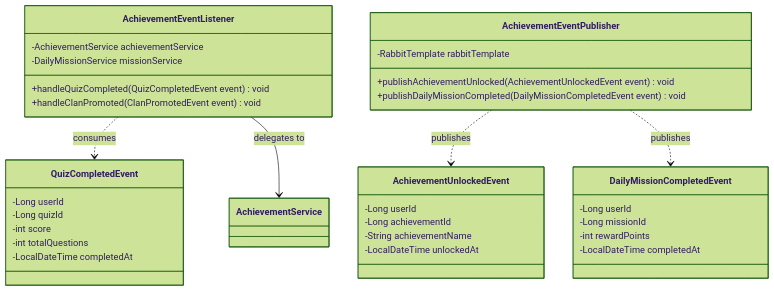
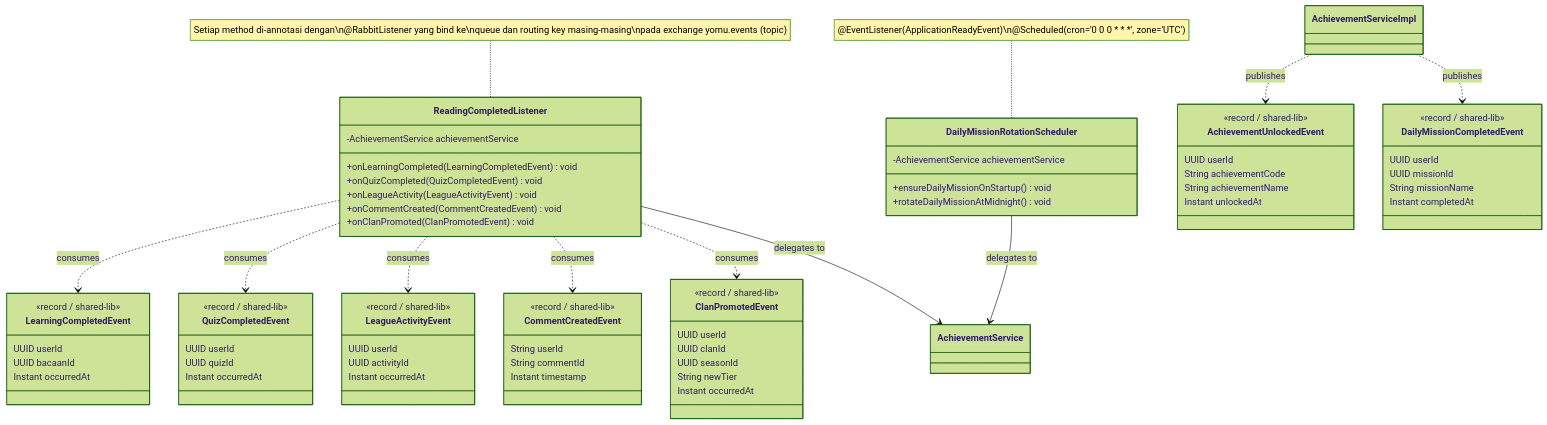
One commit to advprog-2026-A15-project/yomu-infra changed the ninth of 9 diagrams in README.md. Above: the diagram before and after it, drawn with Mermaid (forest theme). The commit also changed other lines of this file, not shown here.

````diff
--- a/README.md
+++ b/README.md
@@ -775,42 +862,84 @@
 ```mermaid
 classDiagram
-    class AchievementEventListener {
+    class ReadingCompletedListener {
         -AchievementService achievementService
-        -DailyMissionService missionService
-        +handleQuizCompleted(QuizCompletedEvent event) void
-        +handleClanPromoted(ClanPromotedEvent event) void
+        +onLearningCompleted(LearningCompletedEvent) void
+        +onQuizCompleted(QuizCompletedEvent) void
+        +onLeagueActivity(LeagueActivityEvent) void
+        +onCommentCreated(CommentCreatedEvent) void
+        +onClanPromoted(ClanPromotedEvent) void
     }
+    note for ReadingCompletedListener "Setiap method di-annotasi dengan\n@RabbitListener yang bind ke\nqueue dan routing key masing-masing\npada exchange yomu.events (topic)"
 
-    class AchievementEventPublisher {
-        -RabbitTemplate rabbitTemplate
-        +publishAchievementUnlocked(AchievementUnlockedEvent event) void
-        +publishDailyMissionCompleted(DailyMissionCompletedEvent event) void
+    class DailyMissionRotationScheduler {
+        -AchievementService achievementService
+        +ensureDailyMissionOnStartup() void
+        +rotateDailyMissionAtMidnight() void
+    }
+    note for DailyMissionRotationScheduler "@EventListener(ApplicationReadyEvent)\n@Scheduled(cron='0 0 0 * * *', zone='UTC')"
+
+    class LearningCompletedEvent {
+        <<record / shared-lib>>
+        UUID userId
+        UUID bacaanId
+        Instant occurredAt
     }
 
     class QuizCompletedEvent {
-        -Long userId
-        -Long quizId
-        -int score
-        -int totalQuestions
-        -LocalDateTime completedAt
+        <<record / shared-lib>>
+        UUID userId
+        UUID quizId
+        Instant occurredAt
+    }
+
+    class LeagueActivityEvent {
+        <<record / shared-lib>>
+        UUID userId
+        UUID activityId
+        Instant occurredAt
+    }
+
+    class CommentCreatedEvent {
+        <<record / shared-lib>>
+        String userId
+        String commentId
+        Instant timestamp
+    }
+
+    class ClanPromotedEvent {
+        <<record / shared-lib>>
+        UUID userId
+        UUID clanId
+        UUID seasonId
+        String newTier
+        Instant occurredAt
     }
 
     class AchievementUnlockedEvent {
-        -Long userId
-        -Long achievementId
-        -String achievementName
-        -LocalDateTime unlockedAt
+        <<record / shared-lib>>
+        UUID userId
+        String achievementCode
+        String achievementName
+        Instant unlockedAt
     }
 
     class DailyMissionCompletedEvent {
-        -Long userId
-        -Long missionId
-        -int rewardPoints
-        -LocalDateTime completedAt
+        <<record / shared-lib>>
+        UUID userId
+        UUID missionId
+        String missionName
+        Instant completedAt
     }
 
-    AchievementEventListener ..> QuizCompletedEvent : consumes
-    AchievementEventListener --> AchievementService : delegates to
-    AchievementEventPublisher ..> AchievementUnlockedEvent : publishes
-    AchievementEventPublisher ..> DailyMissionCompletedEvent : publishes
+    ReadingCompletedListener ..> LearningCompletedEvent : consumes
+    ReadingCompletedListener ..> QuizCompletedEvent : consumes
+    ReadingCompletedListener ..> LeagueActivityEvent : consumes
+    ReadingCompletedListener ..> CommentCreatedEvent : consumes
+    ReadingCompletedListener ..> ClanPromotedEvent : consumes
+    ReadingCompletedListener --> AchievementService : delegates to
+
+    DailyMissionRotationScheduler --> AchievementService : delegates to
+
+    AchievementServiceImpl ..> AchievementUnlockedEvent : publishes
+    AchievementServiceImpl ..> DailyMissionCompletedEvent : publishes
 ```
````
